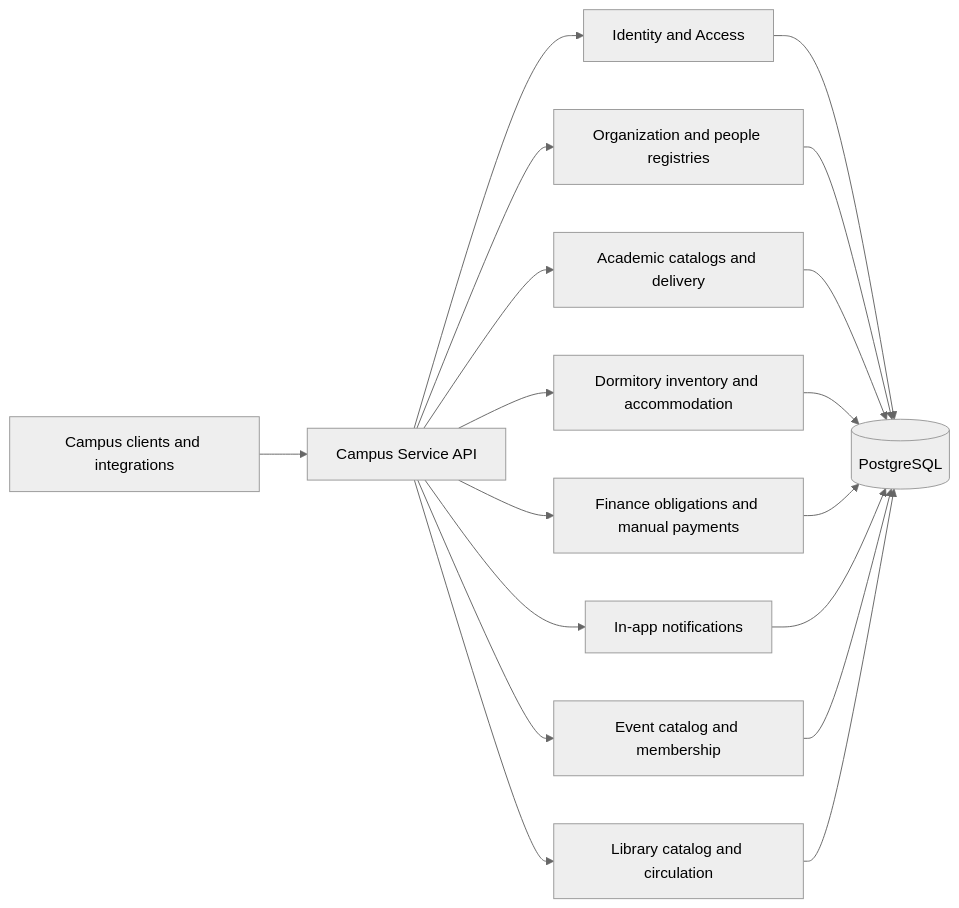
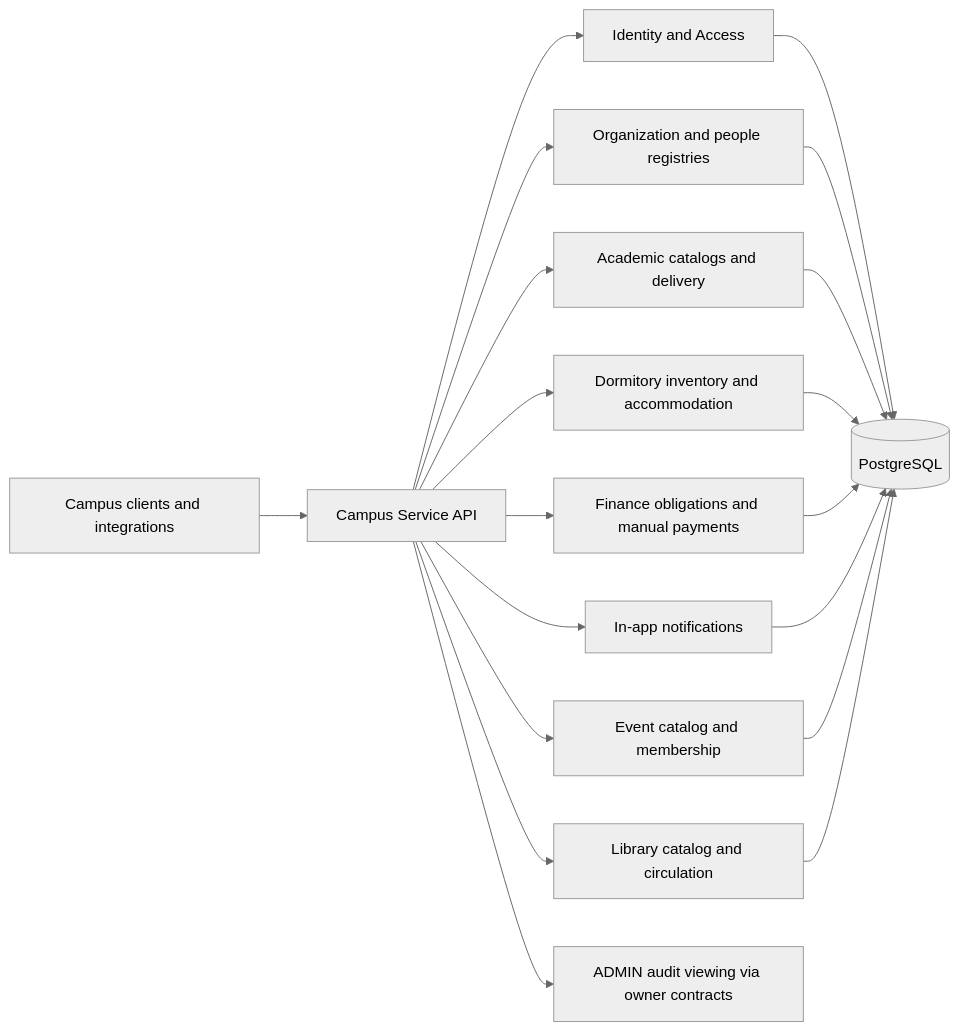
Before and after one commit to cdanh11/campus-service: the first of 2 diagrams in docs/architecture.md, drawn with Mermaid (neutral theme). The commit also changed other lines of this file and 10 other files, not shown here.

````diff
--- a/docs/architecture.md
+++ b/docs/architecture.md
@@ -13,20 +13,21 @@
 ```mermaid
 flowchart LR
     Client[Campus clients and integrations] --> API[Campus Service API]
     API --> IAM[Identity and Access]
     API --> Registry[Organization and people registries]
     API --> Academic[Academic catalogs and delivery]
     API --> Dormitory[Dormitory inventory and accommodation]
     API --> Finance[Finance obligations and manual payments]
     API --> Notification[In-app notifications]
     API --> Event[Event catalog and membership]
     API --> Library[Library catalog and circulation]
+    API --> Audit[ADMIN audit viewing via owner contracts]
     IAM --> DB[(PostgreSQL)]
     Registry --> DB
     Academic --> DB
     Dormitory --> DB
     Finance --> DB
     Notification --> DB
     Event --> DB
     Library --> DB
 ```
````
